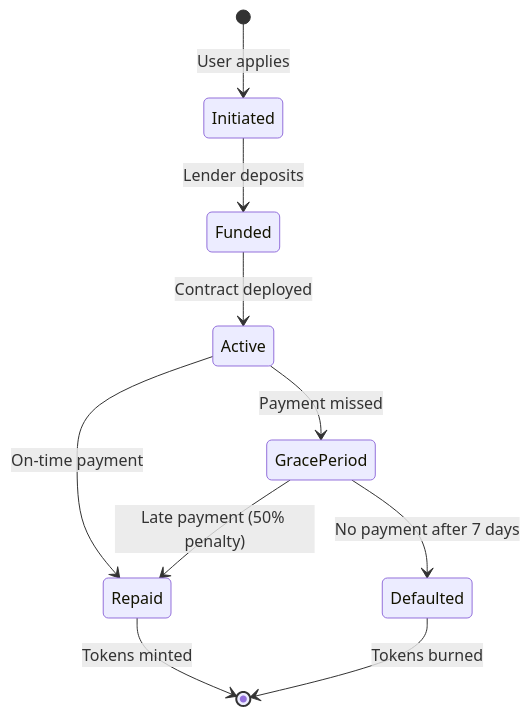
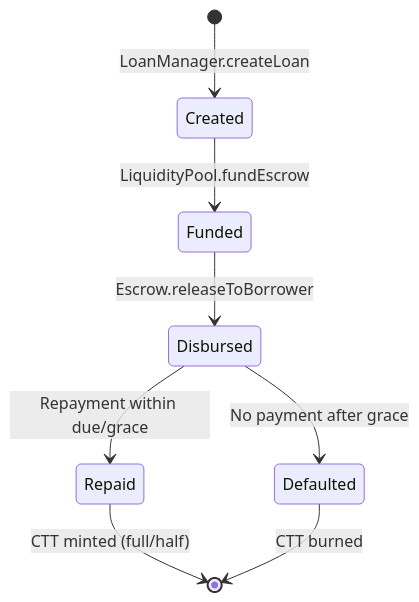
One commit to FTC-Project/ftc-lendx changed the fifth of 5 diagrams in docs/tech_spec.md. Above: the diagram before and after it, drawn with Mermaid. The commit also changed other lines of this file, not shown here.

Commit message:
Enhance technical specification document with detailed descriptions for Django integration, KYC workflow, and smart contract architecture

````diff
--- a/docs/tech_spec.md
+++ b/docs/tech_spec.md
@@ -1366,12 +1396,11 @@
 ```mermaid
 stateDiagram-v2
-    [*] --> Initiated: User applies
-    Initiated --> Funded: Lender deposits
-    Funded --> Active: Contract deployed
-    Active --> GracePeriod: Payment missed
-    Active --> Repaid: On-time payment
-    GracePeriod --> Repaid: Late payment (50% penalty)
-    GracePeriod --> Defaulted: No payment after 7 days
-    Repaid --> [*]: Tokens minted
-    Defaulted --> [*]: Tokens burned
+    [*] --> Created: LoanManager.createLoan
+    Created --> Funded: LiquidityPool.fundEscrow
+    Funded --> Disbursed: Escrow.releaseToBorrower
+    Disbursed --> Repaid: Repayment within due/grace
+    Disbursed --> Defaulted: No payment after grace
+    Repaid --> [*]: CTT minted (full/half)
+    Defaulted --> [*]: CTT burned
+
 ```
````
